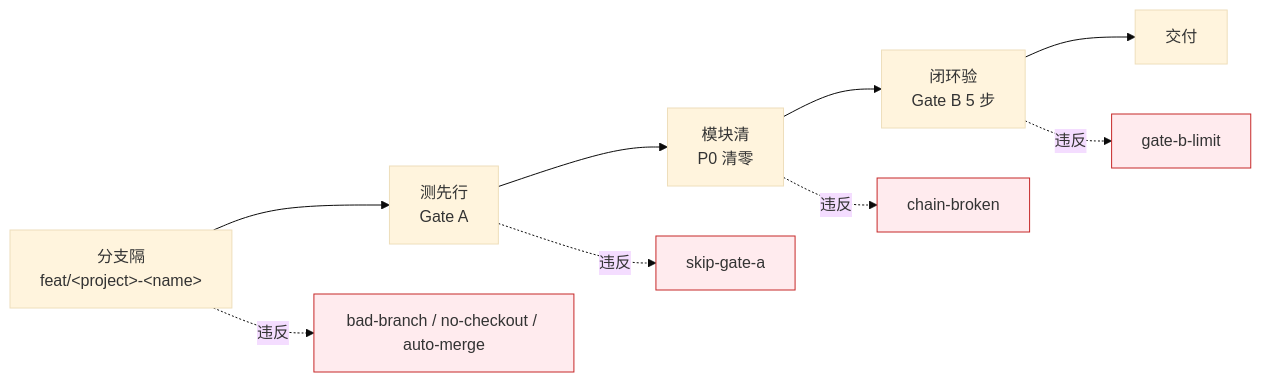
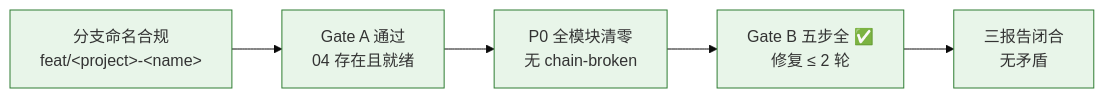
Before and after one commit to effiy/YrY: the ninth of 9 diagrams in rules/code-pipeline.md, drawn with Mermaid (base theme). The commit also changed other lines of this file and 18 other files, not shown here.

````diff
--- a/rules/code-pipeline.md
+++ b/rules/code-pipeline.md
@@ -10,10 +215,9 @@
 ```mermaid
 flowchart LR
-    Br[分支隔<br/>feat/&lt;project&gt;-&lt;name&gt;] --> Te[测先行<br/>Gate A] --> Mo[模块清<br/>P0 清零]
-    Mo --> Ve[闭环验<br/>Gate B 5 步] --> De[交付]
-    classDef bad fill:#ffebee,stroke:#c62828;
-    Br -.违反.-> X1[bad-branch / no-checkout / auto-merge]:::bad
-    Te -.违反.-> X2[skip-gate-a]:::bad
-    Mo -.违反.-> X3[chain-broken]:::bad
-    Ve -.违反.-> X4[gate-b-limit]:::bad
+    S1["分支命名合规<br/>feat/&lt;project&gt;-&lt;name&gt;"]:::sig --> S2["Gate A 通过<br/>04 存在且就绪"]:::sig
+    S2 --> S3["P0 全模块清零<br/>无 chain-broken"]:::sig
+    S3 --> S4["Gate B 五步全 ✅<br/>修复 ≤ 2 轮"]:::sig
+    S4 --> S5["三报告闭合<br/>无矛盾"]:::sig
+
+    classDef sig fill:#e8f5e9,stroke:#2e7d32;
 ```
````
